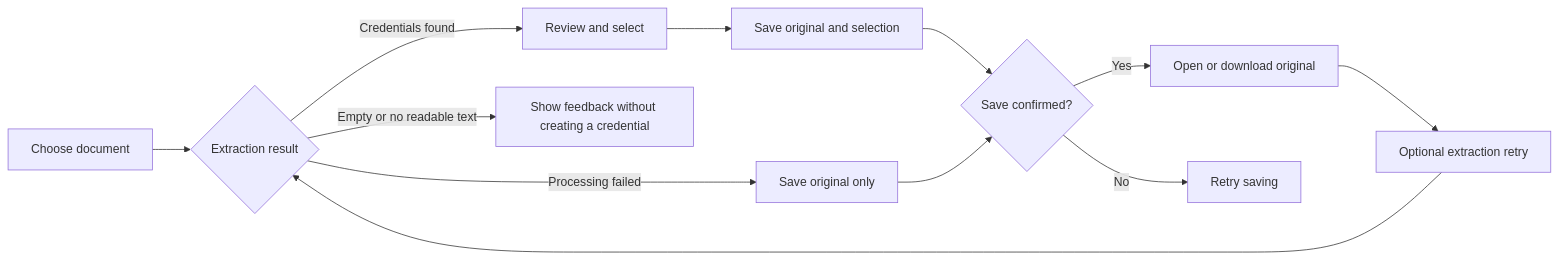
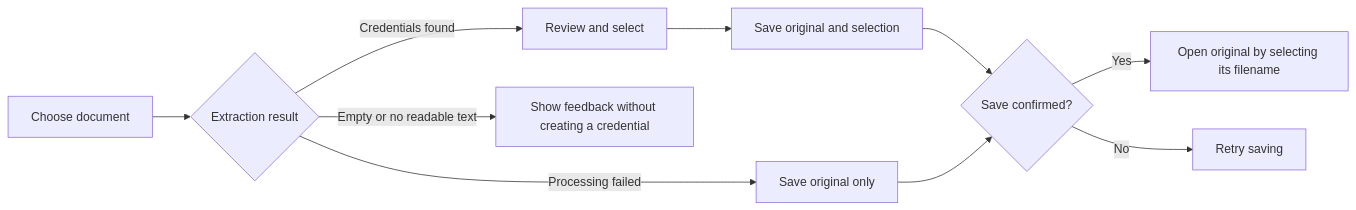
The fourth of 6 diagrams in docs/apps/learn-card-app/README.md (learningeconomy/LearnCard), drawn with Mermaid before and after one commit. The commit also changed other lines of this file and 12 other files, not shown here.

````diff
--- a/docs/apps/learn-card-app/README.md
+++ b/docs/apps/learn-card-app/README.md
@@ -100,14 +100,12 @@
 ```mermaid
 flowchart LR
     A[Choose document] --> B{Extraction result}
     B -->|Credentials found| C[Review and select]
     C --> D[Save original and selection]
     B -->|Empty or no readable text| J[Show feedback without creating a credential]
     B -->|Processing failed| E[Save original only]
     D --> F{Save confirmed?}
     E --> F
-    F -->|Yes| G[Open or download original]
+    F -->|Yes| G[Open original by selecting its filename]
     F -->|No| H[Retry saving]
-    G --> I[Optional extraction retry]
-    I --> B
 ```
````
